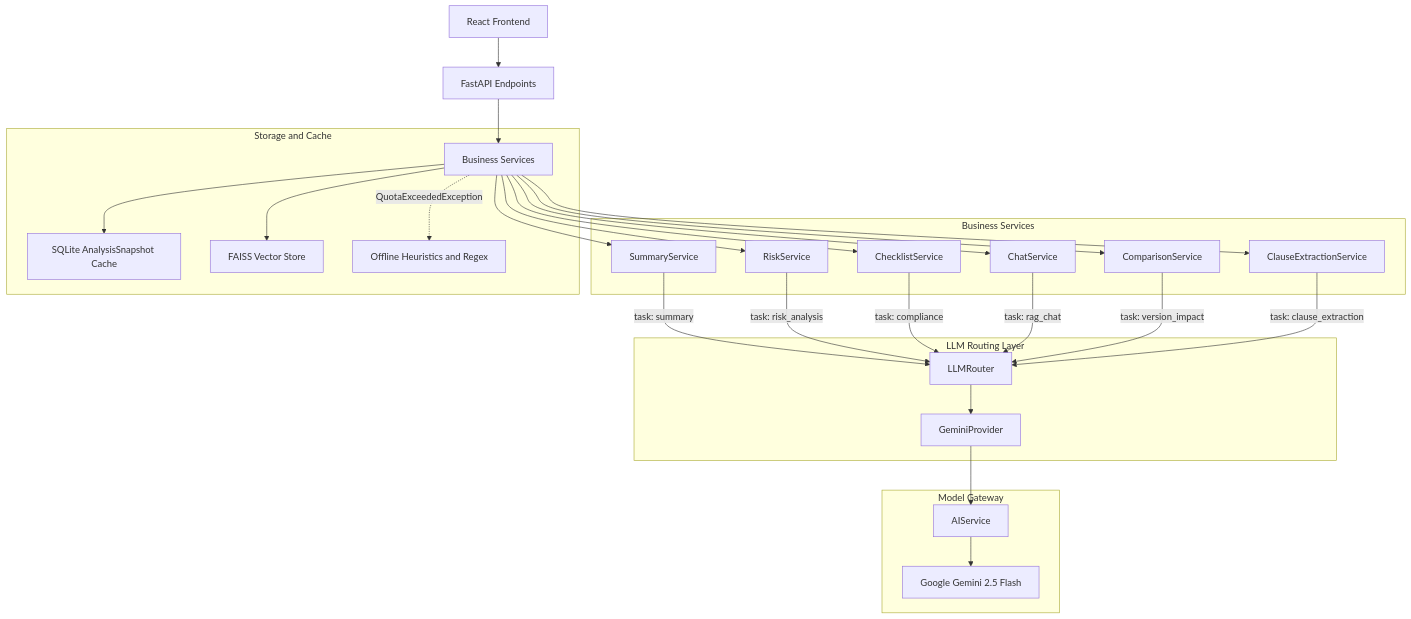
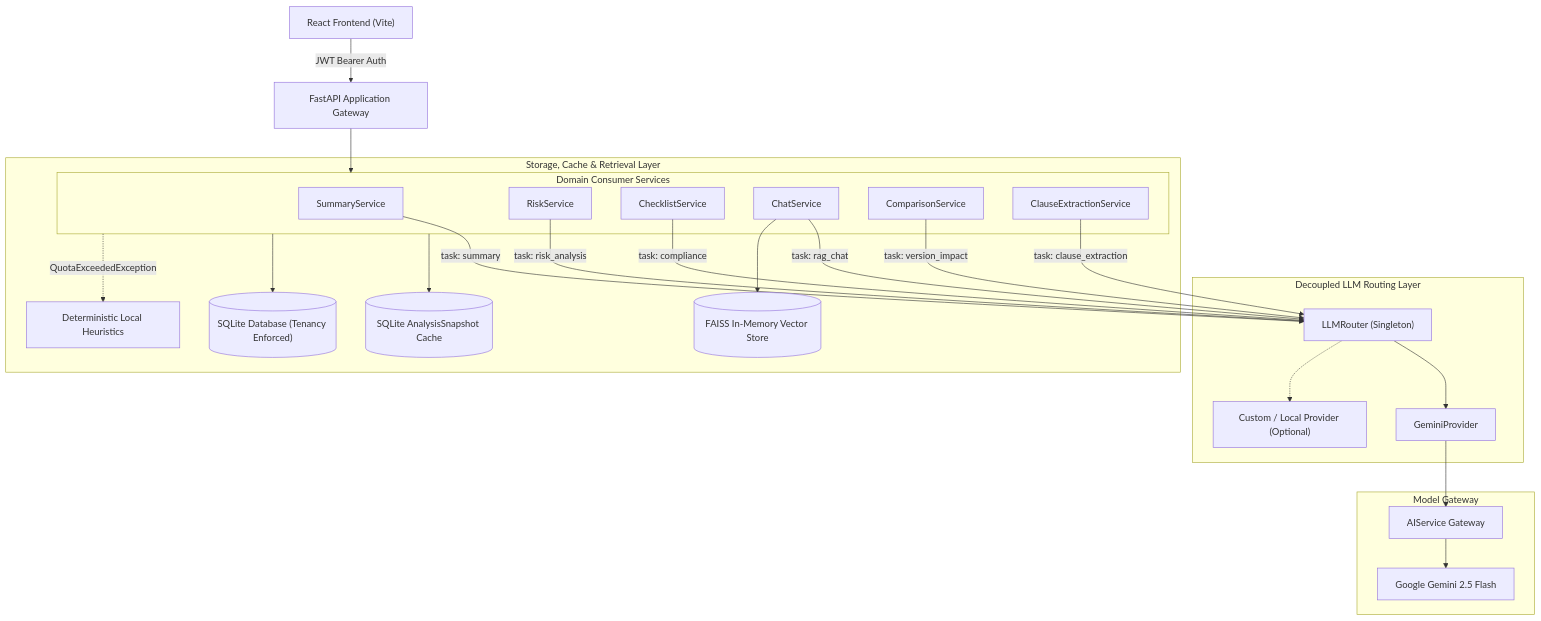
One commit to Dr-Venom29/ClauseIQ changed the diagram in README.md. Above: the diagram before and after it, drawn with Mermaid. The commit also changed other lines of this file and 5 other files, not shown here.

Commit message:
test: verify LLM provider independence

````diff
--- a/README.md
+++ b/README.md
@@ -34,45 +34,42 @@
 ```mermaid
 flowchart TD
-    Client["React Frontend"] --> API["FastAPI Endpoints"]
-    API --> Services["Business Services"]
+    Client["React Frontend (Vite)"] -->|JWT Bearer Auth| API["FastAPI Application Gateway"]
 
-    subgraph Business_Services["Business Services"]
-        SummaryService["SummaryService"]
-        RiskService["RiskService"]
-        ChecklistService["ChecklistService"]
-        ChatService["ChatService"]
-        ComparisonService["ComparisonService"]
-        ClauseService["ClauseExtractionService"]
+    subgraph Consumer_Services["Domain Consumer Services"]
+        SummarySvc["SummaryService"]
+        RiskSvc["RiskService"]
+        ChecklistSvc["ChecklistService"]
+        ChatSvc["ChatService"]
+        ComparisonSvc["ComparisonService"]
+        ClauseSvc["ClauseExtractionService"]
     end
 
-    Services --> SummaryService
-    Services --> RiskService
-    Services --> ChecklistService
-    Services --> ChatService
-    Services --> ComparisonService
-    Services --> ClauseService
+    API --> Consumer_Services
 
-    subgraph LLM_Routing["LLM Routing Layer"]
-        Router["LLMRouter"]
+    subgraph LLM_Routing_Layer["Decoupled LLM Routing Layer"]
+        Router["LLMRouter (Singleton)"]
         GeminiAdapter["GeminiProvider"]
+        CustomAdapter["Custom / Local Provider (Optional)"]
         Router --> GeminiAdapter
+        Router -.-> CustomAdapter
     end
 
-    SummaryService -->|task: summary| Router
-    RiskService -->|task: risk_analysis| Router
-    ChecklistService -->|task: compliance| Router
-    ChatService -->|task: rag_chat| Router
-    ComparisonService -->|task: version_impact| Router
-    ClauseService -->|task: clause_extraction| Router
+    SummarySvc -->|task: summary| Router
+    RiskSvc -->|task: risk_analysis| Router
+    ChecklistSvc -->|task: compliance| Router
+    ChatSvc -->|task: rag_chat| Router
+    ComparisonSvc -->|task: version_impact| Router
+    ClauseSvc -->|task: clause_extraction| Router
 
-    subgraph Providers["Model Gateway"]
-        GeminiAdapter --> AIService["AIService"]
+    subgraph Model_Gateway["Model Gateway"]
+        GeminiAdapter --> AIService["AIService Gateway"]
         AIService --> GeminiAPI["Google Gemini 2.5 Flash"]
     end
 
-    subgraph Storage_Layer["Storage and Cache"]
-        Services --> Snapshots["SQLite AnalysisSnapshot Cache"]
-        Services --> FAISS["FAISS Vector Store"]
-        Services -.->|QuotaExceededException| Fallbacks["Offline Heuristics and Regex"]
+    subgraph Storage_And_Retrieval["Storage, Cache & Retrieval Layer"]
+        Consumer_Services --> Snapshots[("SQLite AnalysisSnapshot Cache")]
+        Consumer_Services --> DB[("SQLite Database (Tenancy Enforced)")]
+        ChatSvc --> FAISS[("FAISS In-Memory Vector Store")]
+        Consumer_Services -.->|QuotaExceededException| Fallbacks["Deterministic Local Heuristics"]
     end
 ```
````
